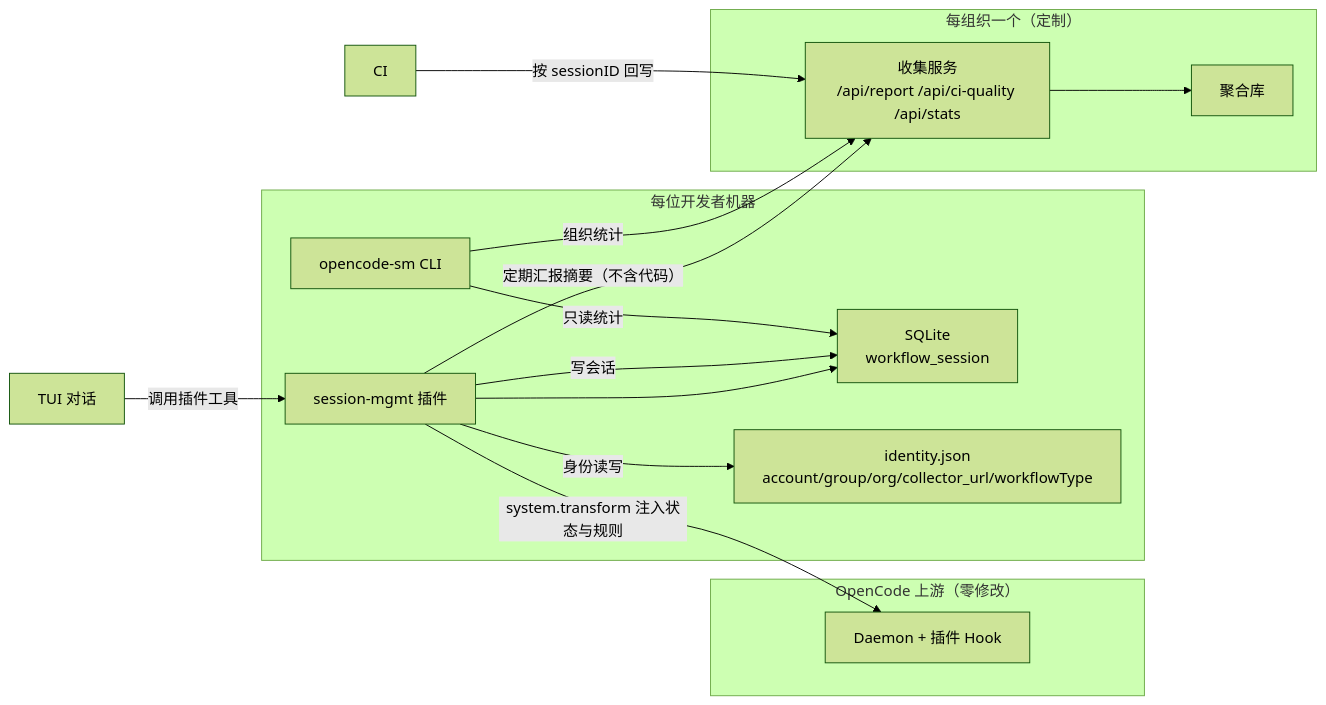
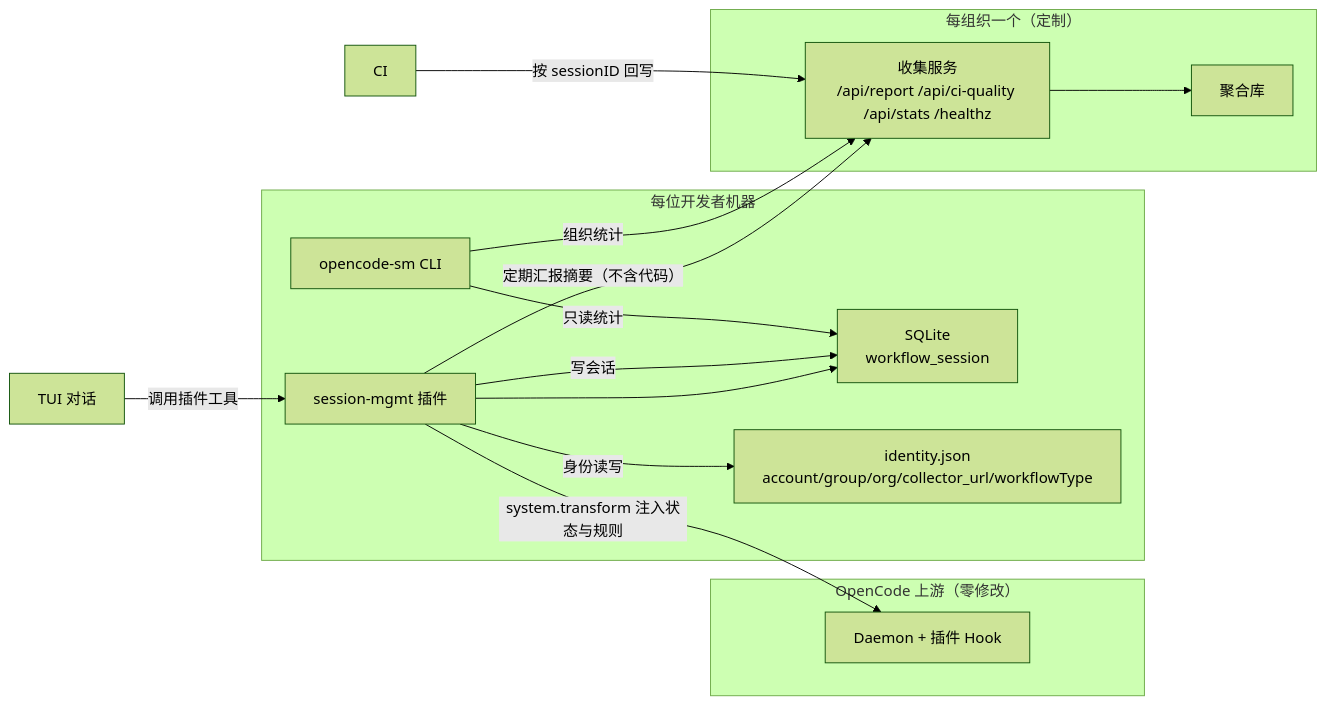
The fifth of 6 diagrams in 6. 银行研发智能助手技术说明书.md (wonglaitung/splan), drawn with Mermaid (forest theme) before and after one commit. The commit also changed other lines of this file, not shown here.

````diff
--- a/6. 银行研发智能助手技术说明书.md
+++ b/6. 银行研发智能助手技术说明书.md
@@ -372,24 +372,24 @@
 ```mermaid
 flowchart LR
     subgraph Upstream["OpenCode 上游（零修改）"]
         Daemon["Daemon + 插件 Hook"]
     end
     subgraph Local["每位开发者机器"]
         Plugin["session-mgmt 插件"] --> PluginDB["SQLite<br/>workflow_session"]
         ID["identity.json<br/>account/group/org/collector_url/workflowType"]
         SM["opencode-sm CLI"]
     end
     subgraph OrgSvc["每组织一个（定制）"]
-        Collector["收集服务<br/>/api/report /api/ci-quality /api/stats"]
+        Collector["收集服务<br/>/api/report /api/ci-quality /api/stats /healthz"]
         AggDB["聚合库"]
     end
     TUI["TUI 对话"] -->|调用插件工具| Plugin
     Plugin -->|system.transform 注入状态与规则| Daemon
     Plugin -->|身份读写| ID
     Plugin -->|写会话| PluginDB
     Plugin -->|定期汇报摘要（不含代码）| Collector
     Collector --> AggDB
     SM -->|只读统计| PluginDB
     SM -->|组织统计| Collector
     CI -->|按 sessionID 回写| Collector
 ```
````
